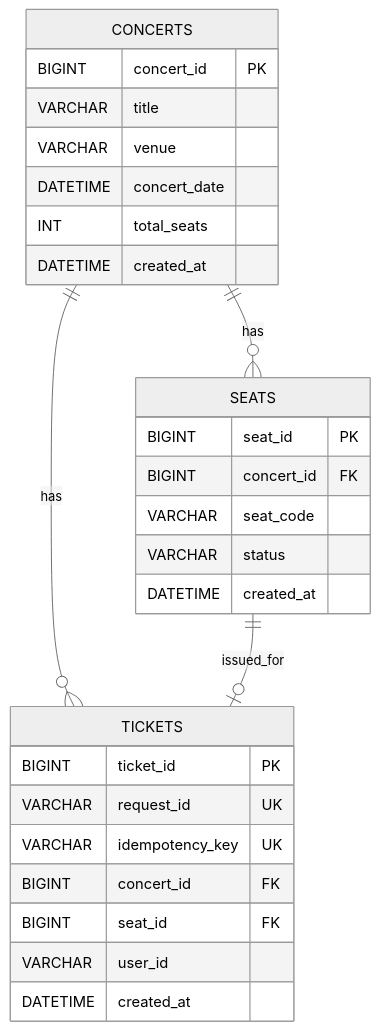
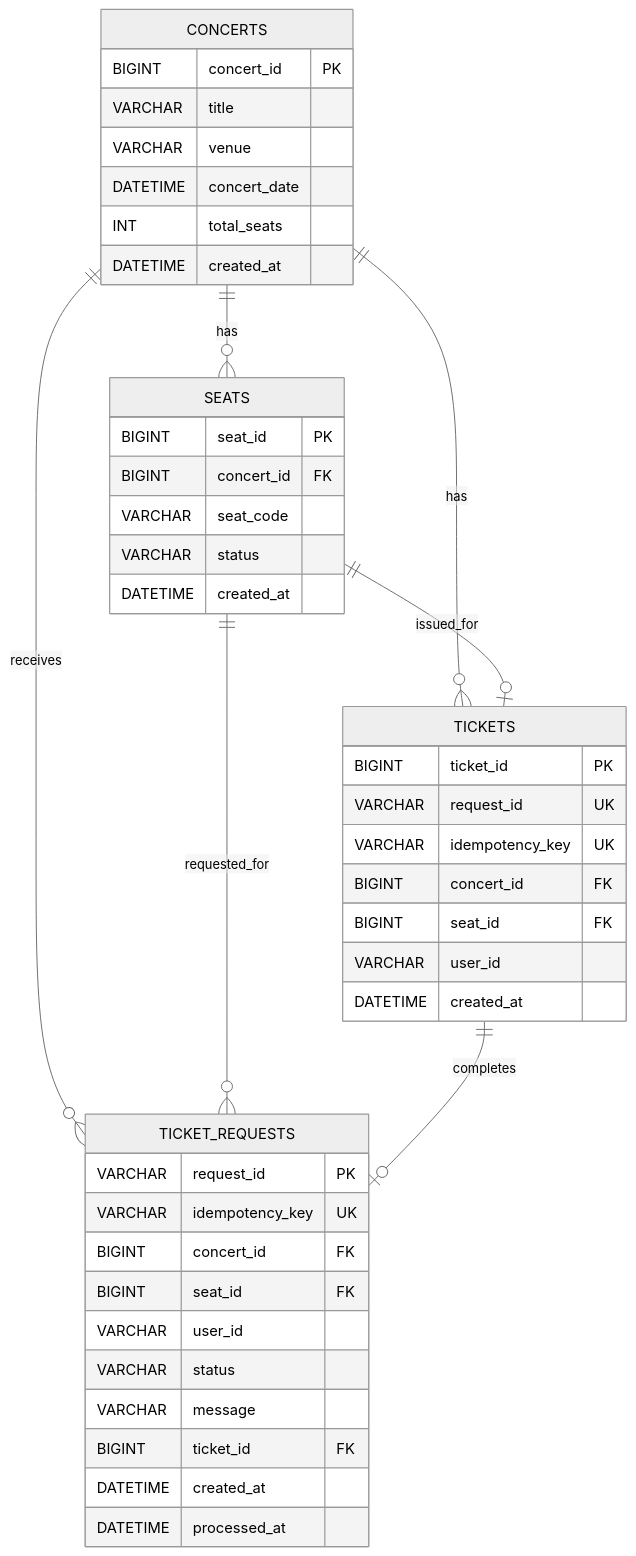
The diagram in docs/ERD.md (HUFSCloud/ticketing-system), drawn with Mermaid (neutral theme) before and after one commit. The commit also changed other lines of this file and 27 other files, not shown here.

````diff
--- a/docs/ERD.md
+++ b/docs/ERD.md
@@ -7,33 +13,49 @@
 ```mermaid
 erDiagram
     CONCERTS ||--o{ SEATS : has
     CONCERTS ||--o{ TICKETS : has
+    CONCERTS ||--o{ TICKET_REQUESTS : receives
     SEATS ||--o| TICKETS : issued_for
+    SEATS ||--o{ TICKET_REQUESTS : requested_for
+    TICKETS ||--o| TICKET_REQUESTS : completes
 
     CONCERTS {
         BIGINT concert_id PK
         VARCHAR title
         VARCHAR venue
         DATETIME concert_date
         INT total_seats
         DATETIME created_at
     }
 
     SEATS {
         BIGINT seat_id PK
         BIGINT concert_id FK
         VARCHAR seat_code
         VARCHAR status
         DATETIME created_at
     }
 
     TICKETS {
         BIGINT ticket_id PK
         VARCHAR request_id UK
         VARCHAR idempotency_key UK
         BIGINT concert_id FK
         BIGINT seat_id FK
         VARCHAR user_id
         DATETIME created_at
     }
+
+    TICKET_REQUESTS {
+        VARCHAR request_id PK
+        VARCHAR idempotency_key UK
+        BIGINT concert_id FK
+        BIGINT seat_id FK
+        VARCHAR user_id
+        VARCHAR status
+        VARCHAR message
+        BIGINT ticket_id FK
+        DATETIME created_at
+        DATETIME processed_at
+    }
 ```
````
